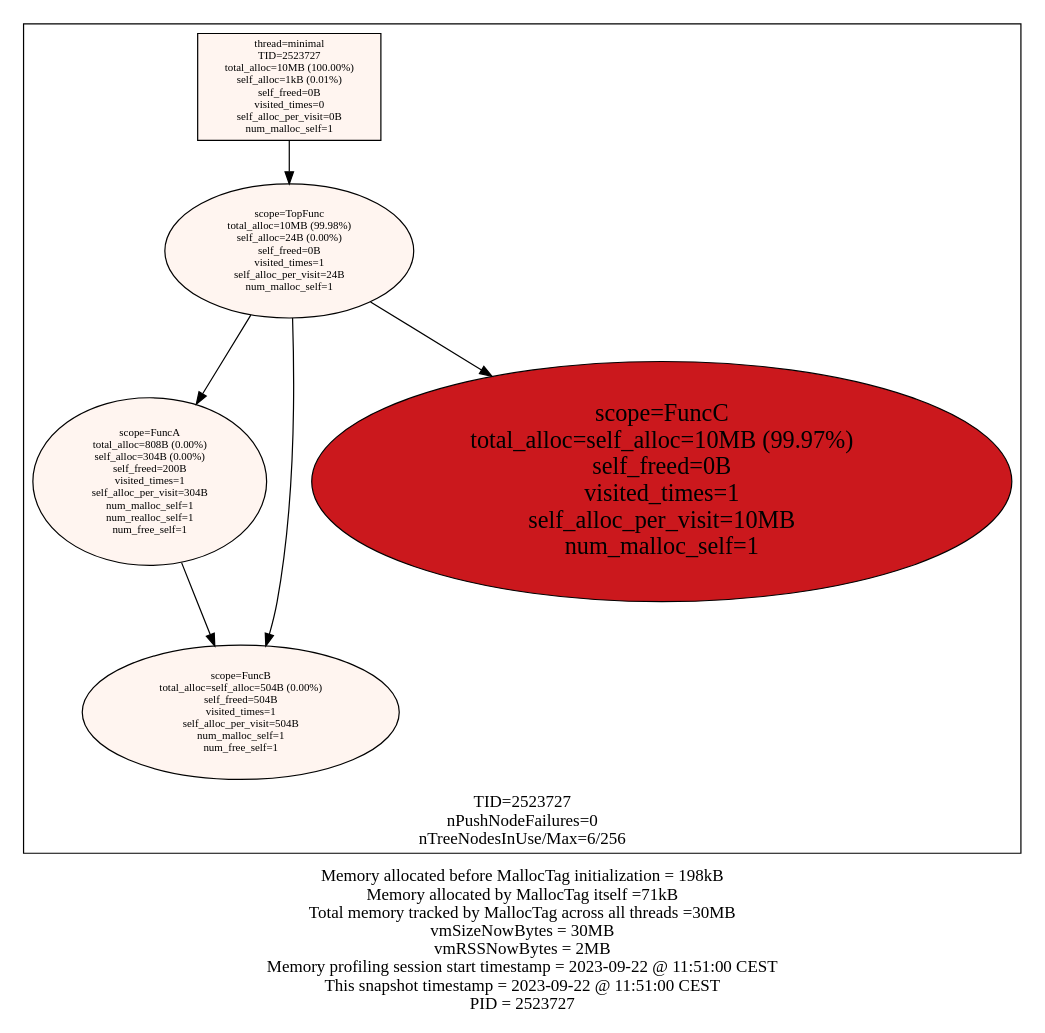
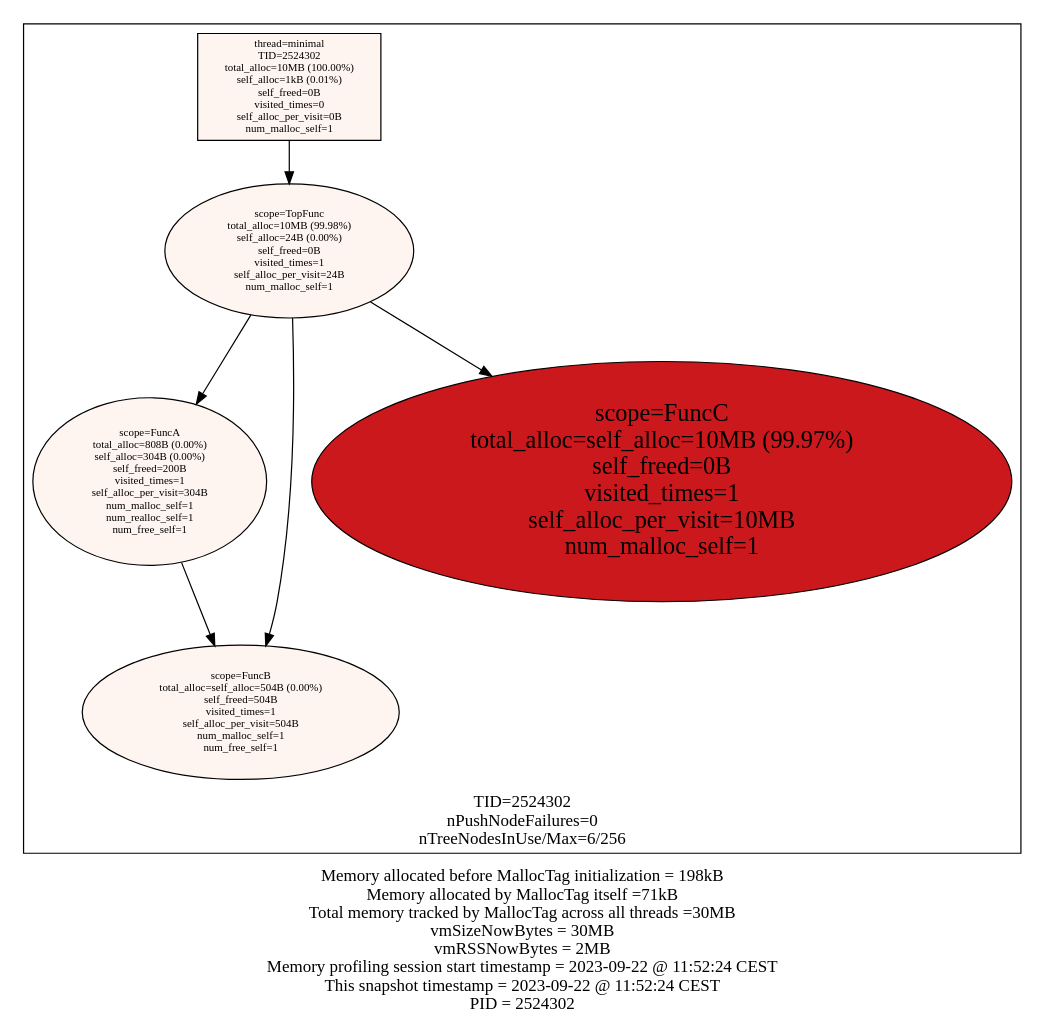
The diagram in examples/minimal/minimal_stats.dot (f18m/malloc-tag), drawn with Graphviz before and after one commit. The commit also changed 5 other files, not shown here.

```diff
--- a/examples/minimal/minimal_stats.dot
+++ b/examples/minimal/minimal_stats.dot
@@ -1,22 +1,22 @@
 digraph MallocTree {
  node [colorscheme=reds9 style=filled]
- subgraph cluster_TID2523727 {
+ subgraph cluster_TID2524302 {
   node [colorscheme=reds9 style=filled]
   labelloc="b"
-  label="TID=2523727\nnPushNodeFailures=0\nnTreeNodesInUse/Max=6/256\n"
-  "2523727_minimal" [label="thread=minimal\nTID=2523727\ntotal_alloc=10MB (100.00%)\nself_alloc=1kB (0.01%)\nself_freed=0B\nvisited_times=0\nself_alloc_per_visit=0B\nnum_malloc_self=1" shape=box fillcolor=1 fontsize=9]
-  "2523727_minimal" -> "2523727_TopFunc"
-  "2523727_TopFunc" [label="scope=TopFunc\ntotal_alloc=10MB (99.98%)\nself_alloc=24B (0.00%)\nself_freed=0B\nvisited_times=1\nself_alloc_per_visit=24B\nnum_malloc_self=1" fillcolor=1 fontsize=9]
-  "2523727_TopFunc" -> "2523727_FuncA"
-  "2523727_TopFunc" -> "2523727_FuncB"
-  "2523727_TopFunc" -> "2523727_FuncC"
-  "2523727_FuncA" [label="scope=FuncA\ntotal_alloc=808B (0.00%)\nself_alloc=304B (0.00%)\nself_freed=200B\nvisited_times=1\nself_alloc_per_visit=304B\nnum_malloc_self=1\nnum_realloc_self=1\nnum_free_self=1" fillcolor=1 fontsize=9]
-  "2523727_FuncA" -> "2523727_FuncB"
-  "2523727_FuncB" [label="scope=FuncB\ntotal_alloc=self_alloc=504B (0.00%)\nself_freed=504B\nvisited_times=1\nself_alloc_per_visit=504B\nnum_malloc_self=1\nnum_free_self=1" fillcolor=1 fontsize=9]
-  "2523727_FuncB" [label="scope=FuncB\ntotal_alloc=self_alloc=504B (0.00%)\nself_freed=504B\nvisited_times=1\nself_alloc_per_visit=504B\nnum_malloc_self=1\nnum_free_self=1" fillcolor=1 fontsize=9]
-  "2523727_FuncC" [label="scope=FuncC\ntotal_alloc=self_alloc=10MB (99.97%)\nself_freed=0B\nvisited_times=1\nself_alloc_per_visit=10MB\nnum_malloc_self=1" fillcolor=7 fontsize=20]
+  label="TID=2524302\nnPushNodeFailures=0\nnTreeNodesInUse/Max=6/256\n"
+  "2524302_minimal" [label="thread=minimal\nTID=2524302\ntotal_alloc=10MB (100.00%)\nself_alloc=1kB (0.01%)\nself_freed=0B\nvisited_times=0\nself_alloc_per_visit=0B\nnum_malloc_self=1" shape=box fillcolor=1 fontsize=9]
+  "2524302_minimal" -> "2524302_TopFunc"
+  "2524302_TopFunc" [label="scope=TopFunc\ntotal_alloc=10MB (99.98%)\nself_alloc=24B (0.00%)\nself_freed=0B\nvisited_times=1\nself_alloc_per_visit=24B\nnum_malloc_self=1" fillcolor=1 fontsize=9]
+  "2524302_TopFunc" -> "2524302_FuncA"
+  "2524302_TopFunc" -> "2524302_FuncB"
+  "2524302_TopFunc" -> "2524302_FuncC"
+  "2524302_FuncA" [label="scope=FuncA\ntotal_alloc=808B (0.00%)\nself_alloc=304B (0.00%)\nself_freed=200B\nvisited_times=1\nself_alloc_per_visit=304B\nnum_malloc_self=1\nnum_realloc_self=1\nnum_free_self=1" fillcolor=1 fontsize=9]
+  "2524302_FuncA" -> "2524302_FuncB"
+  "2524302_FuncB" [label="scope=FuncB\ntotal_alloc=self_alloc=504B (0.00%)\nself_freed=504B\nvisited_times=1\nself_alloc_per_visit=504B\nnum_malloc_self=1\nnum_free_self=1" fillcolor=1 fontsize=9]
+  "2524302_FuncB" [label="scope=FuncB\ntotal_alloc=self_alloc=504B (0.00%)\nself_freed=504B\nvisited_times=1\nself_alloc_per_visit=504B\nnum_malloc_self=1\nnum_free_self=1" fillcolor=1 fontsize=9]
+  "2524302_FuncC" [label="scope=FuncC\ntotal_alloc=self_alloc=10MB (99.97%)\nself_freed=0B\nvisited_times=1\nself_alloc_per_visit=10MB\nnum_malloc_self=1" fillcolor=7 fontsize=20]
  }
 
  labelloc="b"
- label="Memory allocated before MallocTag initialization = 198kB\nMemory allocated by MallocTag itself =71kB\nTotal memory tracked by MallocTag across all threads =30MB\nvmSizeNowBytes = 30MB\nvmRSSNowBytes = 2MB\nMemory profiling session start timestamp = 2023-09-22 @ 11:51:00 CEST\nThis snapshot timestamp = 2023-09-22 @ 11:51:00 CEST\nPID = 2523727\n"
+ label="Memory allocated before MallocTag initialization = 198kB\nMemory allocated by MallocTag itself =71kB\nTotal memory tracked by MallocTag across all threads =30MB\nvmSizeNowBytes = 30MB\nvmRSSNowBytes = 2MB\nMemory profiling session start timestamp = 2023-09-22 @ 11:52:24 CEST\nThis snapshot timestamp = 2023-09-22 @ 11:52:24 CEST\nPID = 2524302\n"
 }
```
